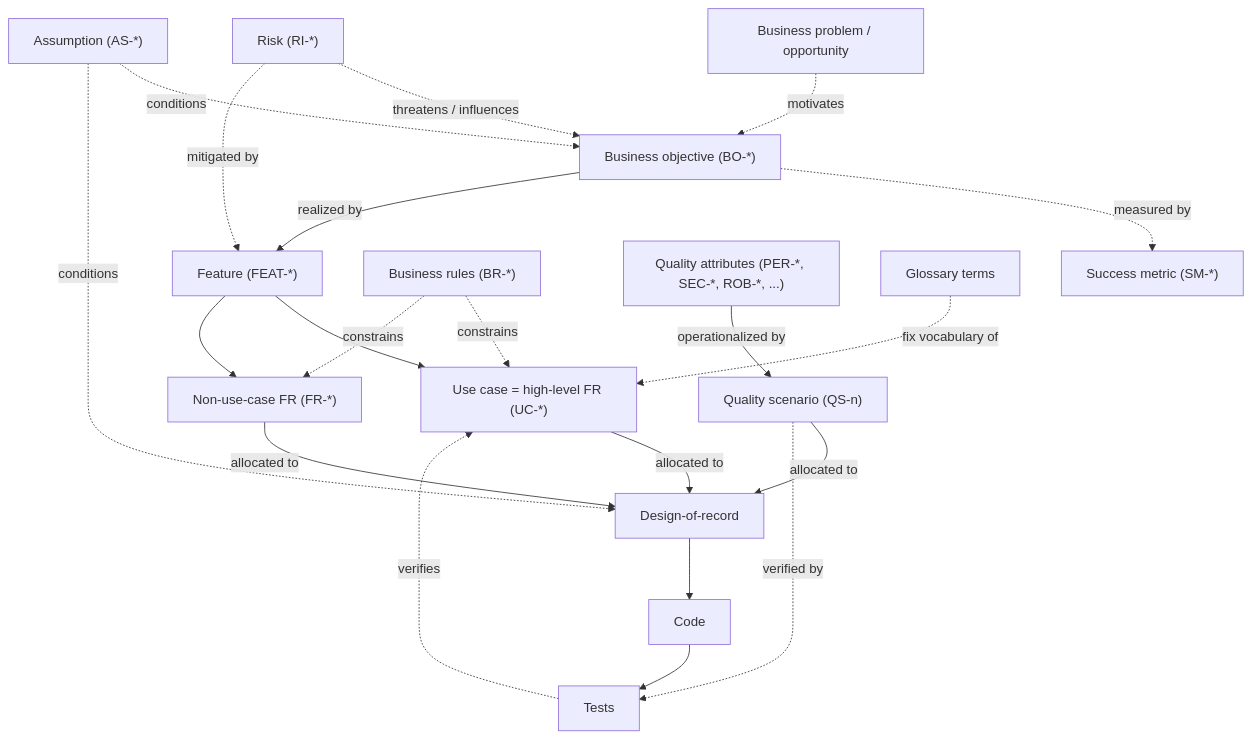
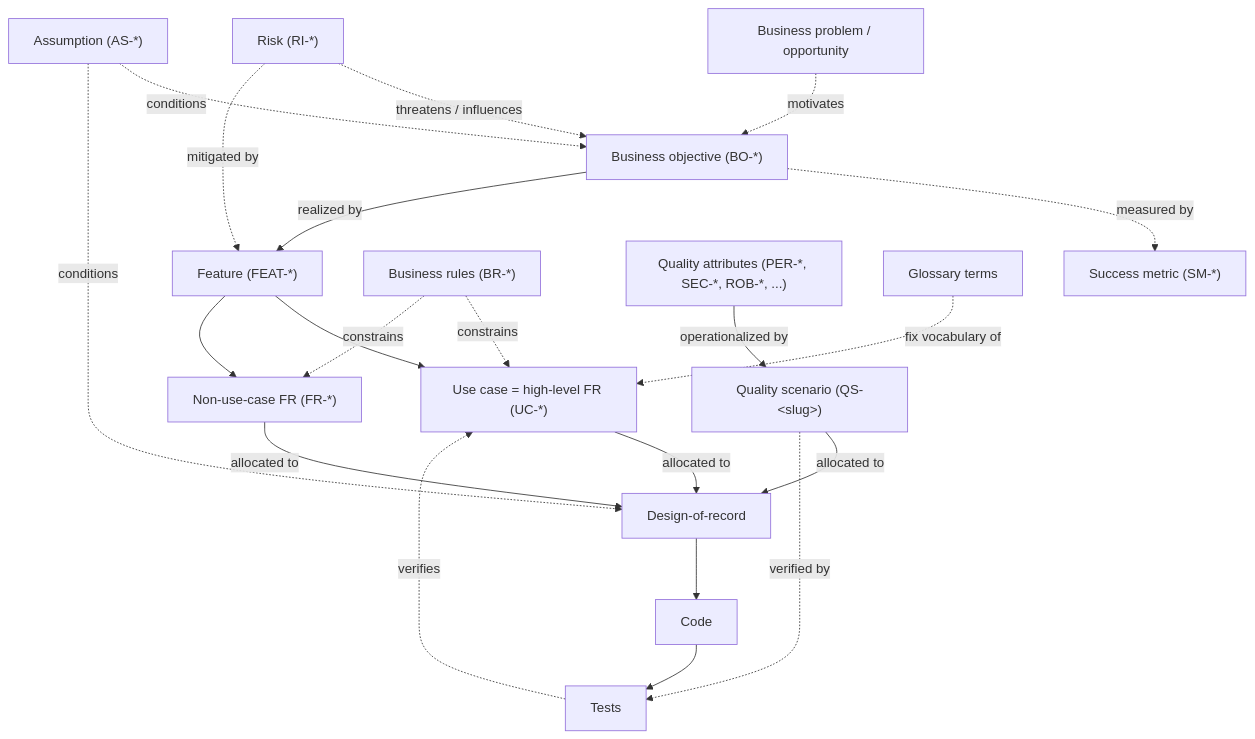
One commit to Washingtonwei/cosc-40943 changed the diagram in docs/method.md. Above: the diagram before and after it, drawn with Mermaid. The commit also changed other lines of this file, not shown here.

````diff
--- a/docs/method.md
+++ b/docs/method.md
@@ -104,26 +104,26 @@
 ```mermaid
 flowchart TD
     PROB["Business problem / opportunity"] -. motivates .-> BO["Business objective (BO-*)"]
     RISK["Risk (RI-*)"] -. threatens / influences .-> BO
     RISK -. mitigated by .-> FEAT["Feature (FEAT-*)"]
     ASM["Assumption (AS-*)"] -. conditions .-> BO
     ASM -. conditions .-> DSGN["Design-of-record"]
     BO -. measured by .-> SM["Success metric (SM-*)"]
     BO -- realized by --> FEAT
     FEAT --> UC["Use case = high-level FR (UC-*)"]
     FEAT --> FR["Non-use-case FR (FR-*)"]
     UC -- allocated to --> DSGN
     FR -- allocated to --> DSGN
     DSGN --> CODE["Code"]
     CODE --> TEST["Tests"]
     TEST -. verifies .-> UC
 
     BR["Business rules (BR-*)"] -. constrains .-> UC
     BR -. constrains .-> FR
 
-    QA["Quality attributes (PER-*, SEC-*, ROB-*, ...)"] -- operationalized by --> QS["Quality scenario (QS-n)"]
+    QA["Quality attributes (PER-*, SEC-*, ROB-*, ...)"] -- operationalized by --> QS["Quality scenario (QS-#lt;slug#gt;)"]
     QS -- allocated to --> DSGN
     QS -. verified by .-> TEST
 
     GLOSS["Glossary terms"] -. fix vocabulary of .-> UC
 ```
````
